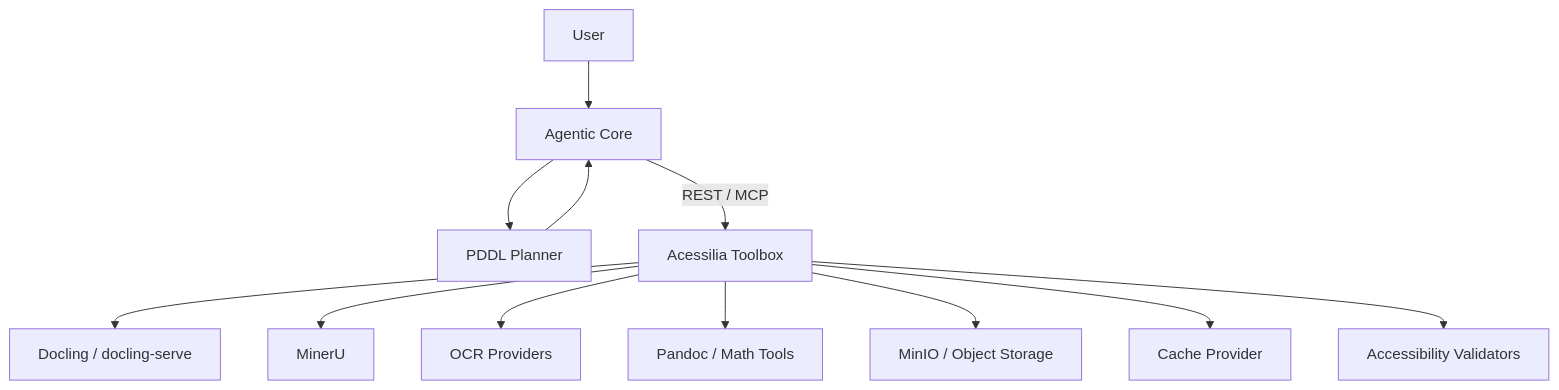
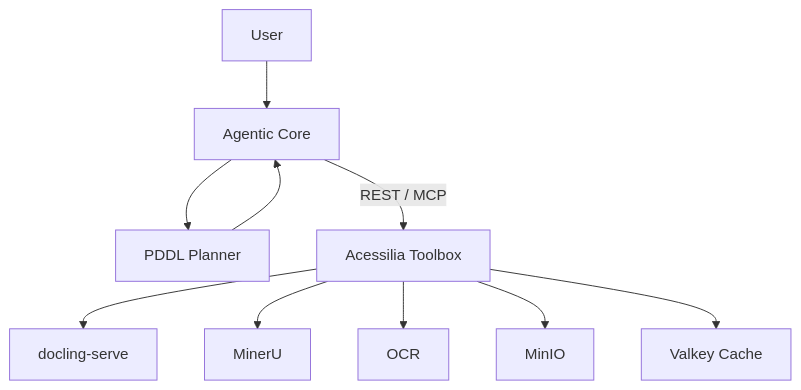
Before and after one commit to A11yDevs/acessilia-toolbox: the diagram in README.md, drawn with Mermaid. The commit also changed other lines of this file, not shown here.

````diff
--- a/README.md
+++ b/README.md
@@ -32,14 +97,12 @@
-``` mermaid
+```mermaid
 flowchart TB
     U[User] --> A[Agentic Core]
     A --> P[PDDL Planner]
     P --> A
     A -->|REST / MCP| T[Acessilia Toolbox]
-    T --> D[Docling / docling-serve]
+    T --> D[docling-serve]
     T --> M[MinerU]
-    T --> O[OCR Providers]
-    T --> X[Pandoc / Math Tools]
-    T --> S[MinIO / Object Storage]
-    T --> C[Cache Provider]
-    T --> V[Accessibility Validators]
+    T --> O[OCR]
+    T --> S[MinIO]
+    T --> C[Valkey Cache]
 ```
````
